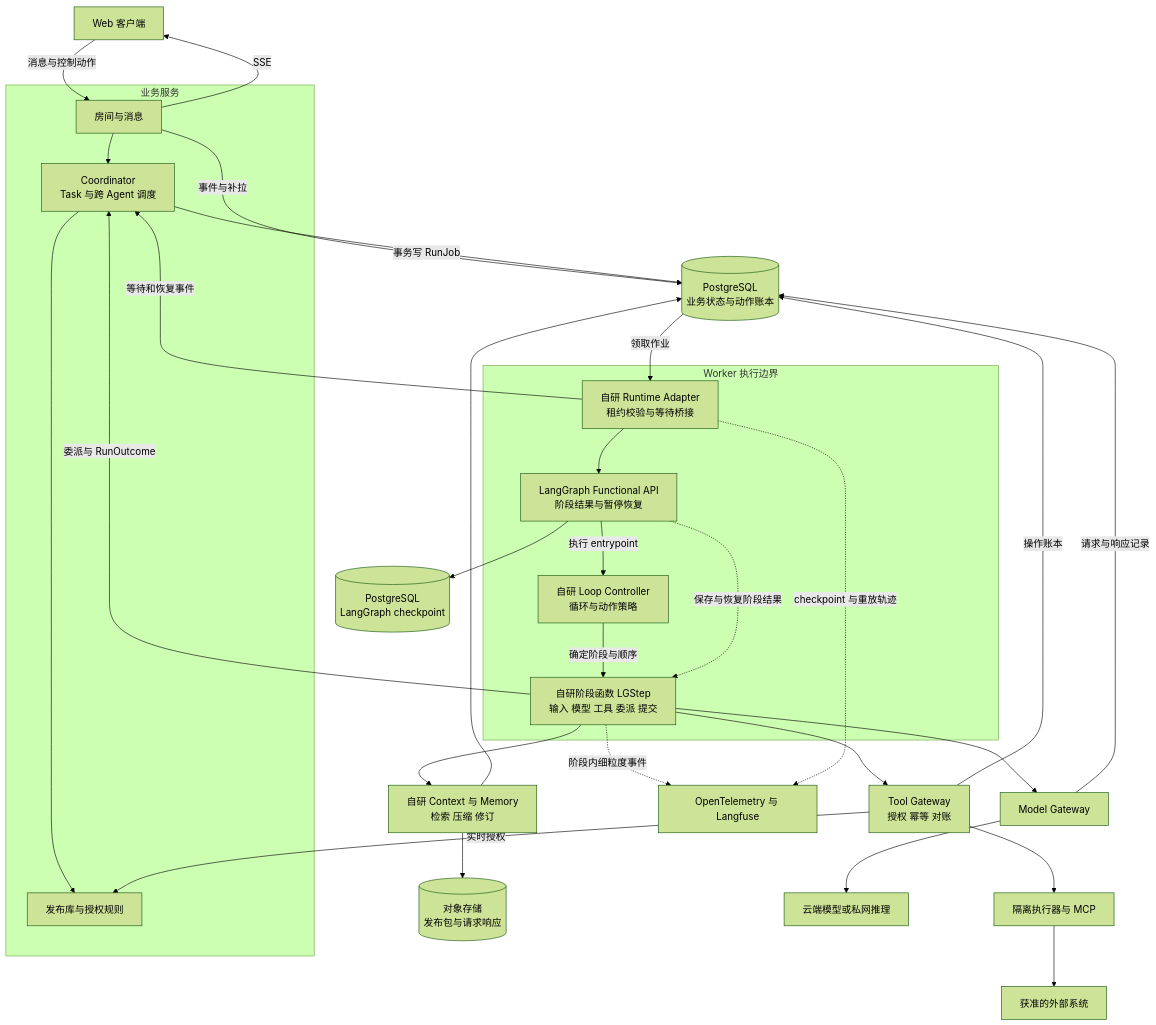
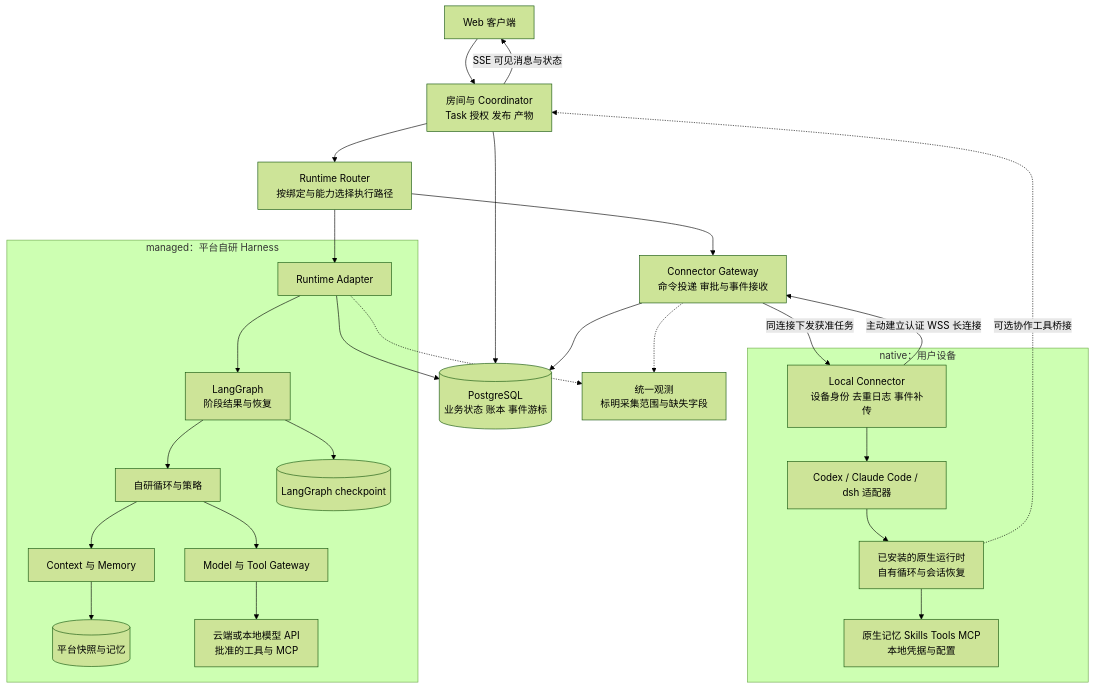
One commit to crocodiles6/CoStage changed the first of 4 diagrams in docs/system-design.md. Above: the diagram before and after it, drawn with Mermaid (forest theme). The commit also changed other lines of this file and 3 other files, not shown here.

Commit message:
docs: design native agent integration alongside managed harness

````diff
--- a/docs/system-design.md
+++ b/docs/system-design.md
@@ -92,53 +98,30 @@
 ```mermaid
 flowchart TB
-    UI["Web 客户端"]
-    subgraph CORE["业务服务"]
-        CHAT["房间与消息"]
-        COORD["Coordinator<br/>Task 与跨 Agent 调度"]
-        REG["发布库与授权规则"]
+    UI["Web 客户端"] --> CORE["房间与 Coordinator<br/>Task 授权 发布 产物"]
+    CORE --> ROUTER["Runtime Router<br/>按绑定与能力选择执行路径"]
+    CORE --> DB[("PostgreSQL<br/>业务状态 账本 事件游标")]
+    subgraph M["managed：平台自研 Harness"]
+        MA["Runtime Adapter"] --> LG["LangGraph<br/>阶段结果与恢复"]
+        LG --> LOOP["自研循环与策略"]
+        LOOP --> CM["Context 与 Memory"]
+        LOOP --> GATE["Model 与 Tool Gateway"]
+        LG --> CP[("LangGraph checkpoint")]
+        CM --> OWN[("平台快照与记忆")]
+        GATE --> API["云端或本地模型 API<br/>批准的工具与 MCP"]
     end
-    subgraph WORK["Worker 执行边界"]
-        ADAPTER["自研 Runtime Adapter<br/>租约校验与等待桥接"]
-        LG["LangGraph Functional API<br/>阶段结果与暂停恢复"]
-        LOOP["自研 Loop Controller<br/>循环与动作策略"]
-        STEP["自研阶段函数 LGStep<br/>输入 模型 工具 委派 提交"]
-        ADAPTER --> LG
-        LG -->|执行 entrypoint| LOOP
-        LOOP -->|确定阶段与顺序| STEP
-        LG -.->|保存与恢复阶段结果| STEP
+    subgraph N["native：用户设备"]
+        CON["Local Connector<br/>设备身份 去重日志 事件补传"] --> NA["Codex / Claude Code / dsh 适配器"]
+        NA --> RT["已安装的原生运行时<br/>自有循环与会话恢复"]
+        RT --> RES["原生记忆 Skills Tools MCP<br/>本地凭据与配置"]
     end
-    CTX["自研 Context 与 Memory<br/>检索 压缩 修订"]
-    MODEL["Model Gateway"]
-    TOOL["Tool Gateway<br/>授权 幂等 对账"]
-    ISO["隔离执行器与 MCP"]
-    DB[("PostgreSQL<br/>业务状态与动作账本")]
-    CP[("PostgreSQL<br/>LangGraph checkpoint")]
-    OBJ[("对象存储<br/>发布包与请求响应")]
-    EXT["云端模型或私网推理"]
-    SYS["获准的外部系统"]
-    OBS["OpenTelemetry 与 Langfuse"]
-
-    UI -->|消息与控制动作| CHAT
-    CHAT --> COORD
-    CHAT -->|事件与补拉| DB
-    CHAT -->|SSE| UI
-    COORD --> REG
-    COORD -->|事务写 RunJob| DB
-    DB -->|领取作业| ADAPTER
-    LG --> CP
-    STEP --> CTX
-    CTX --> DB
-    CTX --> OBJ
-    STEP --> MODEL
-    MODEL --> EXT
-    MODEL -->|请求与响应记录| DB
-    STEP --> TOOL
-    TOOL -->|实时授权| REG
-    TOOL -->|操作账本| DB
-    TOOL --> ISO
-    ISO --> SYS
-    STEP -->|委派与 RunOutcome| COORD
-    ADAPTER -->|等待和恢复事件| COORD
-    STEP -.->|阶段内细粒度事件| OBS
-    ADAPTER -.->|checkpoint 与重放轨迹| OBS
+    ROUTER --> MA
+    ROUTER --> HUB["Connector Gateway<br/>命令投递 审批与事件接收"]
+    CON -->|"主动建立认证 WSS 长连接"| HUB
+    HUB -->|"同连接下发获准任务"| CON
+    HUB --> DB
+    MA --> DB
+    RT -.->|"可选协作工具桥接"| CORE
+    MA -.-> OBS["统一观测<br/>标明采集范围与缺失字段"]
+    HUB -.-> OBS
+    CORE -->|"SSE 可见消息与状态"| UI
 ```
````
